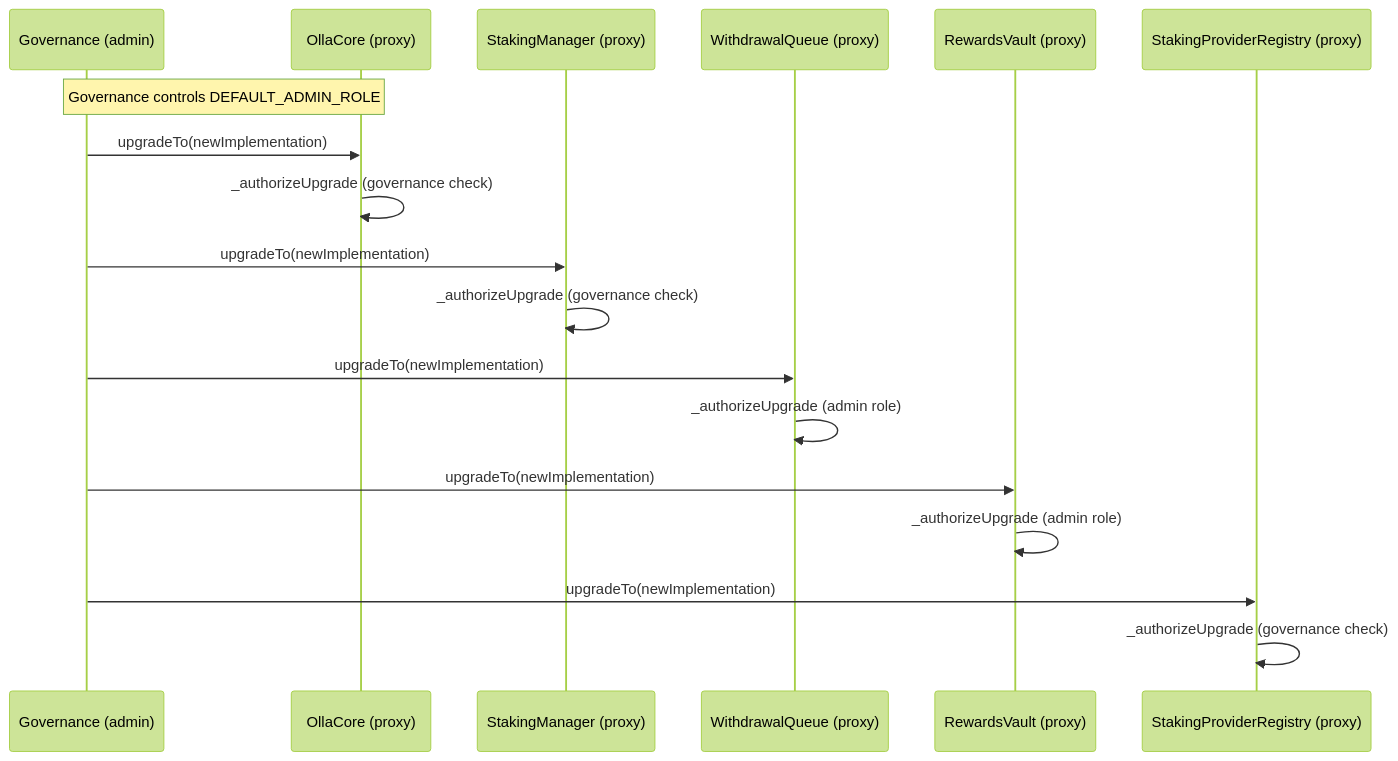
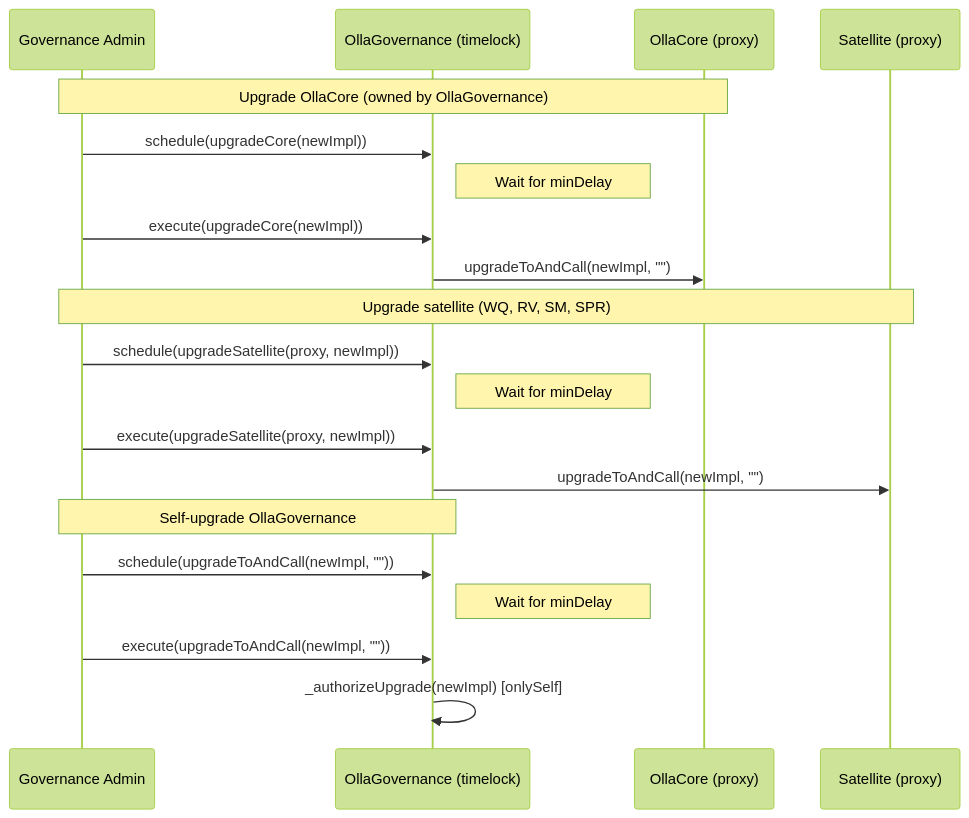
The sixth of 6 diagrams in docs/governance-actions.md (ollafinance/core), drawn with Mermaid (forest theme) before and after one commit. The commit also changed other lines of this file and 59 other files, not shown here.

First line of the commit message:
improvement: extract governance into dedicated OllaGovernance contract with timelock (#301)

````diff
--- a/docs/governance-actions.md
+++ b/docs/governance-actions.md
@@ -77,25 +135,25 @@
 ```mermaid
 sequenceDiagram
-    participant GOV as Governance (admin)
+    participant GOV as Governance Admin
+    participant OG as OllaGovernance (timelock)
     participant C as OllaCore (proxy)
-    participant SM as StakingManager (proxy)
-    participant WQ as WithdrawalQueue (proxy)
-    participant RV as RewardsVault (proxy)
-    participant SPR as StakingProviderRegistry (proxy)
+    participant SAT as Satellite (proxy)
 
-    Note over GOV,C: Governance controls DEFAULT_ADMIN_ROLE
-    GOV->>C: upgradeTo(newImplementation)
-    C->>C: _authorizeUpgrade (governance check)
+    Note over GOV,C: Upgrade OllaCore (owned by OllaGovernance)
+    GOV->>OG: schedule(upgradeCore(newImpl))
+    Note right of OG: Wait for minDelay
+    GOV->>OG: execute(upgradeCore(newImpl))
+    OG->>C: upgradeToAndCall(newImpl, "")
 
-    GOV->>SM: upgradeTo(newImplementation)
-    SM->>SM: _authorizeUpgrade (governance check)
+    Note over GOV,SAT: Upgrade satellite (WQ, RV, SM, SPR)
+    GOV->>OG: schedule(upgradeSatellite(proxy, newImpl))
+    Note right of OG: Wait for minDelay
+    GOV->>OG: execute(upgradeSatellite(proxy, newImpl))
+    OG->>SAT: upgradeToAndCall(newImpl, "")
 
-    GOV->>WQ: upgradeTo(newImplementation)
-    WQ->>WQ: _authorizeUpgrade (admin role)
-
-    GOV->>RV: upgradeTo(newImplementation)
-    RV->>RV: _authorizeUpgrade (admin role)
-
-    GOV->>SPR: upgradeTo(newImplementation)
-    SPR->>SPR: _authorizeUpgrade (governance check)
+    Note over GOV,OG: Self-upgrade OllaGovernance
+    GOV->>OG: schedule(upgradeToAndCall(newImpl, ""))
+    Note right of OG: Wait for minDelay
+    GOV->>OG: execute(upgradeToAndCall(newImpl, ""))
+    OG->>OG: _authorizeUpgrade(newImpl) [onlySelf]
 ```
````
